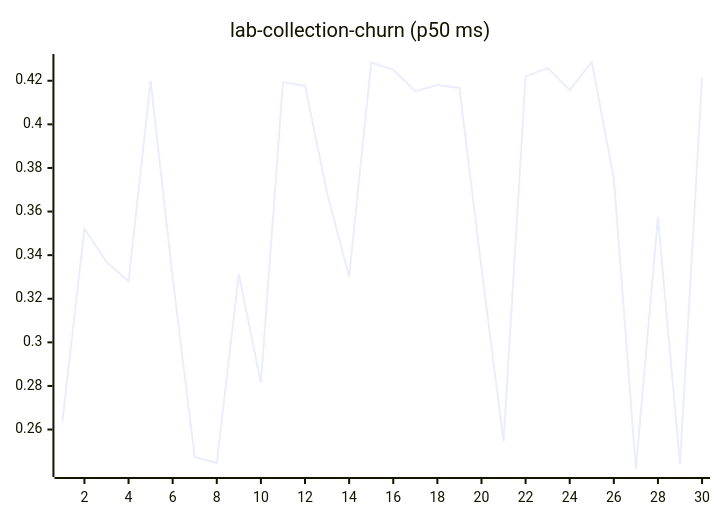
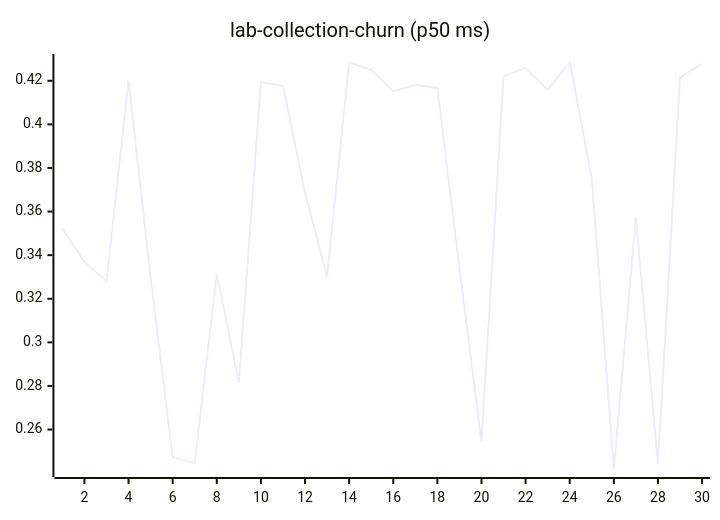
Before and after one commit to josha/Facet: diagram 11 of 27 in README.md, drawn with Mermaid. The commit also changed other lines of this file and 2 other files, not shown here.

````diff
--- a/README.md
+++ b/README.md
@@ -133,6 +133,6 @@
 ```mermaid
 xychart-beta
     title "lab-collection-churn (p50 ms)"
     x-axis 1 --> 30
-    line [0.2636, 0.3521, 0.3369, 0.3280, 0.4200, 0.3297, 0.2474, 0.2447, 0.3314, 0.2814, 0.4194, 0.4176, 0.3686, 0.3301, 0.4283, 0.4250, 0.4152, 0.4180, 0.4167, 0.3342, 0.2545, 0.4221, 0.4258, 0.4158, 0.4286, 0.3753, 0.2419, 0.3575, 0.2441, 0.4215]
+    line [0.3521, 0.3369, 0.3280, 0.4200, 0.3297, 0.2474, 0.2447, 0.3314, 0.2814, 0.4194, 0.4176, 0.3686, 0.3301, 0.4283, 0.4250, 0.4152, 0.4180, 0.4167, 0.3342, 0.2545, 0.4221, 0.4258, 0.4158, 0.4286, 0.3753, 0.2419, 0.3575, 0.2441, 0.4215, 0.4279]
 ```
````
